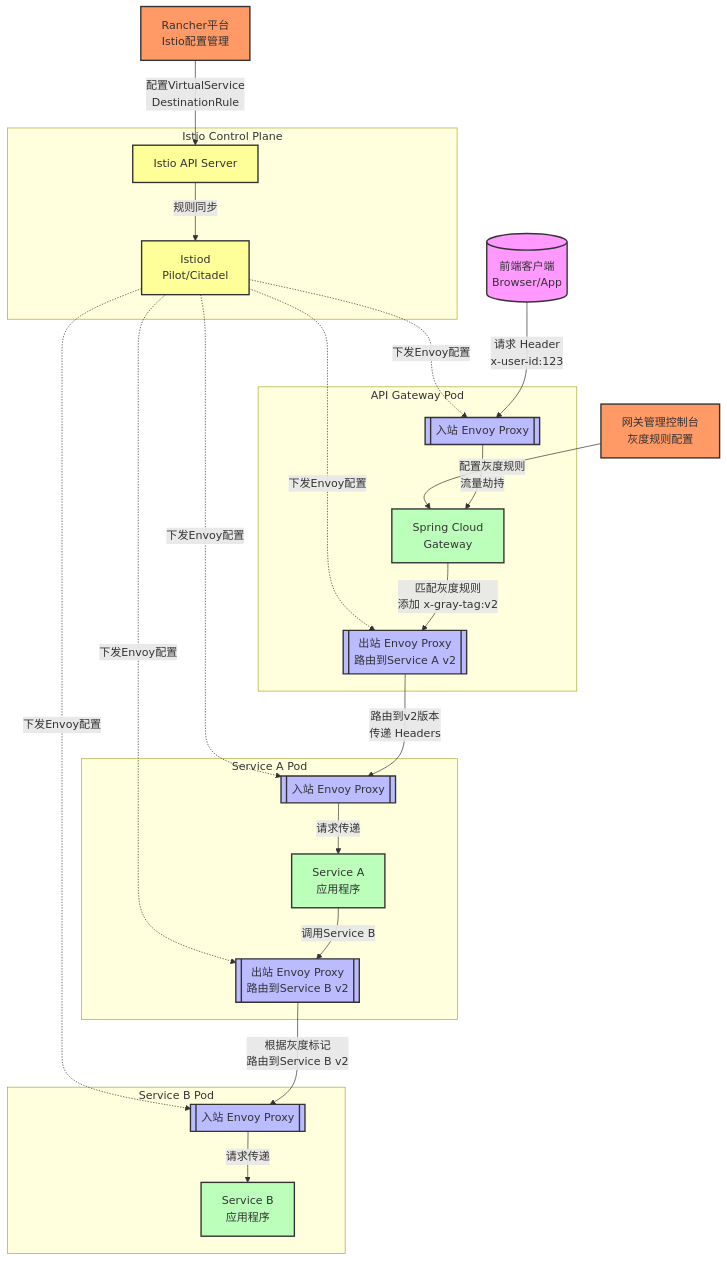
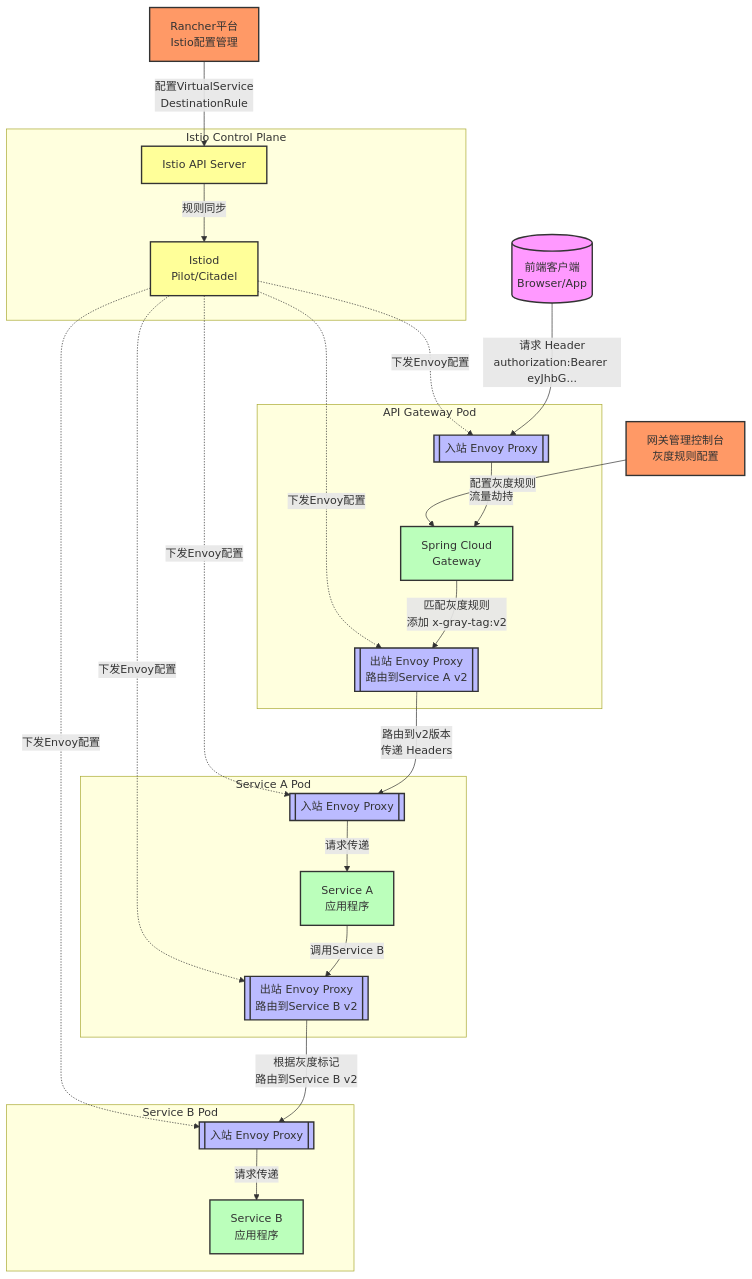
The diagram in 网关网格报告/灰度链路.md (Jholly2008/configs), drawn with Mermaid before and after one commit.

````diff
--- a/网关网格报告/灰度链路.md
+++ b/网关网格报告/灰度链路.md
@@ -1,80 +1,80 @@
 ```mermaid
 
 flowchart TD
     %% 管理端
     admin["网关管理控制台<br>灰度规则配置"]
     rancher["Rancher平台<br>Istio配置管理"]
     
     %% Istio控制平面
     subgraph "Istio Control Plane"
         istiod["Istiod<br>Pilot/Citadel"]
         istio_api["Istio API Server"]
     end
     
     %% 客户端
     client[("前端客户端<br>Browser/App")]
     
     %% 网关层
     subgraph "API Gateway Pod"
         gw["Spring Cloud<br>Gateway"]
         gw_envoy_in[["入站 Envoy Proxy"]]
         gw_envoy_out[["出站 Envoy Proxy<br>路由到Service A v2"]]
     end
     
     %% Service A
     subgraph "Service A Pod"
         svc_a["Service A<br>应用程序"]
         svc_a_envoy_in[["入站 Envoy Proxy"]]
         svc_a_envoy_out[["出站 Envoy Proxy<br>路由到Service B v2"]]
     end
     
     %% Service B
     subgraph "Service B Pod"
         svc_b["Service B<br>应用程序"]
         svc_b_envoy_in[["入站 Envoy Proxy"]]
     end
 
     %% 控制面配置流
     admin -->|"配置灰度规则"| gw
     rancher -->|"配置VirtualService<br>DestinationRule"| istio_api
     istio_api -->|"规则同步"| istiod
     istiod -.->|"下发Envoy配置"| gw_envoy_in
     istiod -.->|"下发Envoy配置"| gw_envoy_out
     istiod -.->|"下发Envoy配置"| svc_a_envoy_in
     istiod -.->|"下发Envoy配置"| svc_a_envoy_out
     istiod -.->|"下发Envoy配置"| svc_b_envoy_in
 
     %% 数据面流量路径
-    client -->|"请求 Header<br>x-user-id:123"| gw_envoy_in
+    client -->|"请求 Header<br>authorization:Bearer eyJhbG..."| gw_envoy_in
     gw_envoy_in -->|"流量劫持"| gw
     
     gw -->|"匹配灰度规则<br>添加 x-gray-tag:v2"| gw_envoy_out
     
     gw_envoy_out -->|"路由到v2版本<br>传递 Headers"| svc_a_envoy_in
     
     svc_a_envoy_in -->|"请求传递"| svc_a
     
     svc_a -->|"调用Service B"| svc_a_envoy_out
     
     svc_a_envoy_out -->|"根据灰度标记<br>路由到Service B v2"| svc_b_envoy_in
     
     svc_b_envoy_in -->|"请求传递"| svc_b
 
     %% 样式设置
     style client fill:#f9f,stroke:#333,stroke-width:2px
     style admin fill:#f96,stroke:#333,stroke-width:2px
     style rancher fill:#f96,stroke:#333,stroke-width:2px
     style gw fill:#bfb,stroke:#333,stroke-width:2px
     style svc_a fill:#bfb,stroke:#333,stroke-width:2px
     style svc_b fill:#bfb,stroke:#333,stroke-width:2px
     style istiod fill:#ff9,stroke:#333,stroke-width:2px
     style istio_api fill:#ff9,stroke:#333,stroke-width:2px
     
     %% Envoy代理样式
     style gw_envoy_in fill:#bbf,stroke:#333,stroke-width:2px
     style gw_envoy_out fill:#bbf,stroke:#333,stroke-width:2px
     style svc_a_envoy_in fill:#bbf,stroke:#333,stroke-width:2px
     style svc_a_envoy_out fill:#bbf,stroke:#333,stroke-width:2px
     style svc_b_envoy_in fill:#bbf,stroke:#333,stroke-width:2px
 
 ```
````
